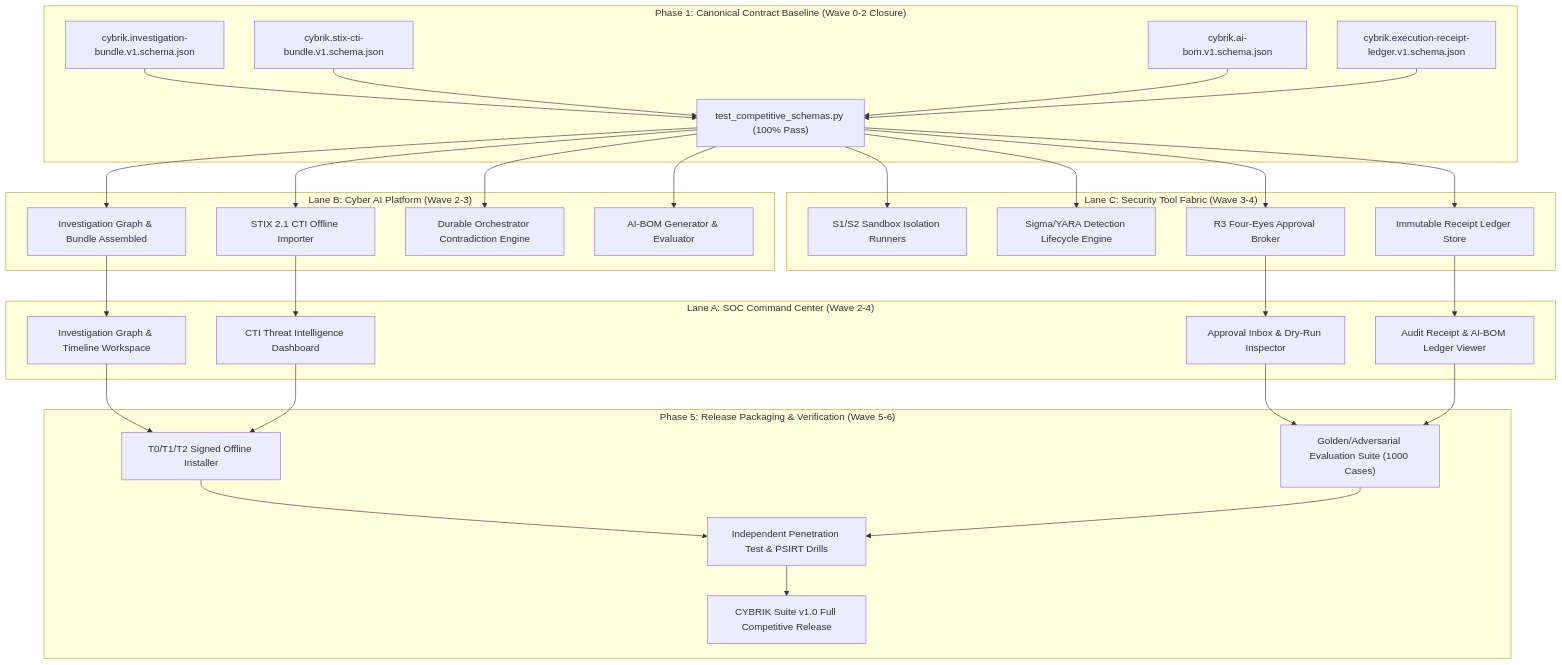
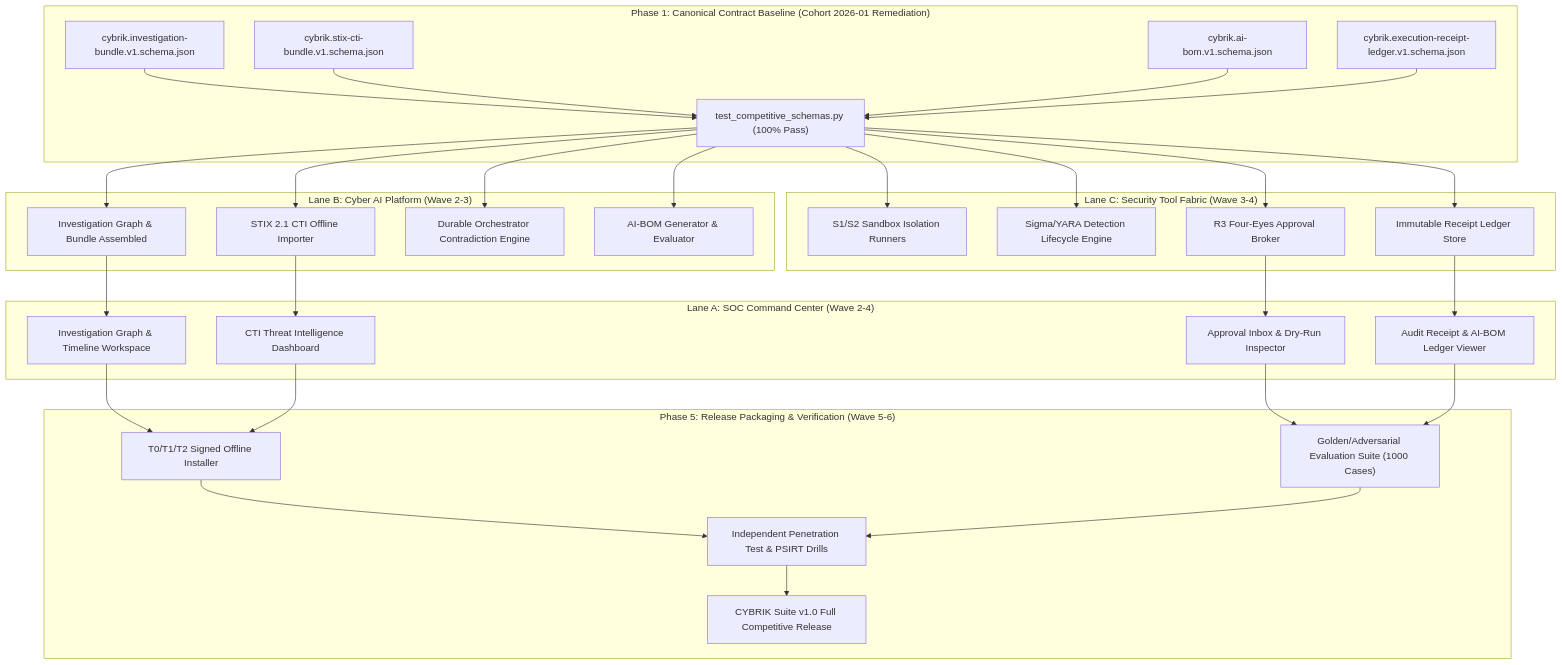
The diagram in docs/strategy/2026-CAPABILITY-RECONCILIATION-MATRIX.md (hoangclinh/cybrik-suite), drawn with Mermaid before and after one commit. The commit also changed other lines of this file and 3 other files, not shown here.

Commit message:
fix(contracts): remediate Codex H-05 and M-01 findings for candidate v2 schemas and AI-BOM multi-algorithm precision

````diff
--- a/docs/strategy/2026-CAPABILITY-RECONCILIATION-MATRIX.md
+++ b/docs/strategy/2026-CAPABILITY-RECONCILIATION-MATRIX.md
@@ -149,61 +149,61 @@
 ```mermaid
 flowchart TD
-    subgraph Core_Contracts ["Phase 1: Canonical Contract Baseline (Wave 0-2 Closure)"]
+    subgraph Core_Contracts ["Phase 1: Canonical Contract Baseline (Cohort 2026-01 Remediation)"]
         C1["cybrik.investigation-bundle.v1.schema.json"]
         C2["cybrik.stix-cti-bundle.v1.schema.json"]
         C3["cybrik.ai-bom.v1.schema.json"]
         C4["cybrik.execution-receipt-ledger.v1.schema.json"]
         C_VAL["test_competitive_schemas.py (100% Pass)"]
         C1 --> C_VAL
         C2 --> C_VAL
         C3 --> C_VAL
         C4 --> C_VAL
     end
 
     subgraph Lane_B ["Lane B: Cyber AI Platform (Wave 2-3)"]
         B1["Investigation Graph & Bundle Assembled"]
         B2["STIX 2.1 CTI Offline Importer"]
         B3["Durable Orchestrator Contradiction Engine"]
         B4["AI-BOM Generator & Evaluator"]
         C_VAL --> B1
         C_VAL --> B2
         C_VAL --> B3
         C_VAL --> B4
     end
 
     subgraph Lane_C ["Lane C: Security Tool Fabric (Wave 3-4)"]
         F1["S1/S2 Sandbox Isolation Runners"]
         F2["Sigma/YARA Detection Lifecycle Engine"]
         F3["R3 Four-Eyes Approval Broker"]
         F4["Immutable Receipt Ledger Store"]
         C_VAL --> F1
         C_VAL --> F2
         C_VAL --> F3
         C_VAL --> F4
     end
 
     subgraph Lane_A ["Lane A: SOC Command Center (Wave 2-4)"]
         A1["Investigation Graph & Timeline Workspace"]
         A2["CTI Threat Intelligence Dashboard"]
         A3["Approval Inbox & Dry-Run Inspector"]
         A4["Audit Receipt & AI-BOM Ledger Viewer"]
         B1 --> A1
         B2 --> A2
         F3 --> A3
         F4 --> A4
     end
 
     subgraph Release_Assurance ["Phase 5: Release Packaging & Verification (Wave 5-6)"]
         R1["T0/T1/T2 Signed Offline Installer"]
         R2["Golden/Adversarial Evaluation Suite (1000 Cases)"]
         R3["Independent Penetration Test & PSIRT Drills"]
         R4["CYBRIK Suite v1.0 Full Competitive Release"]
         A1 --> R1
         A2 --> R1
         A3 --> R2
         A4 --> R2
         R1 --> R3
         R2 --> R3
         R3 --> R4
     end
 ```
````
